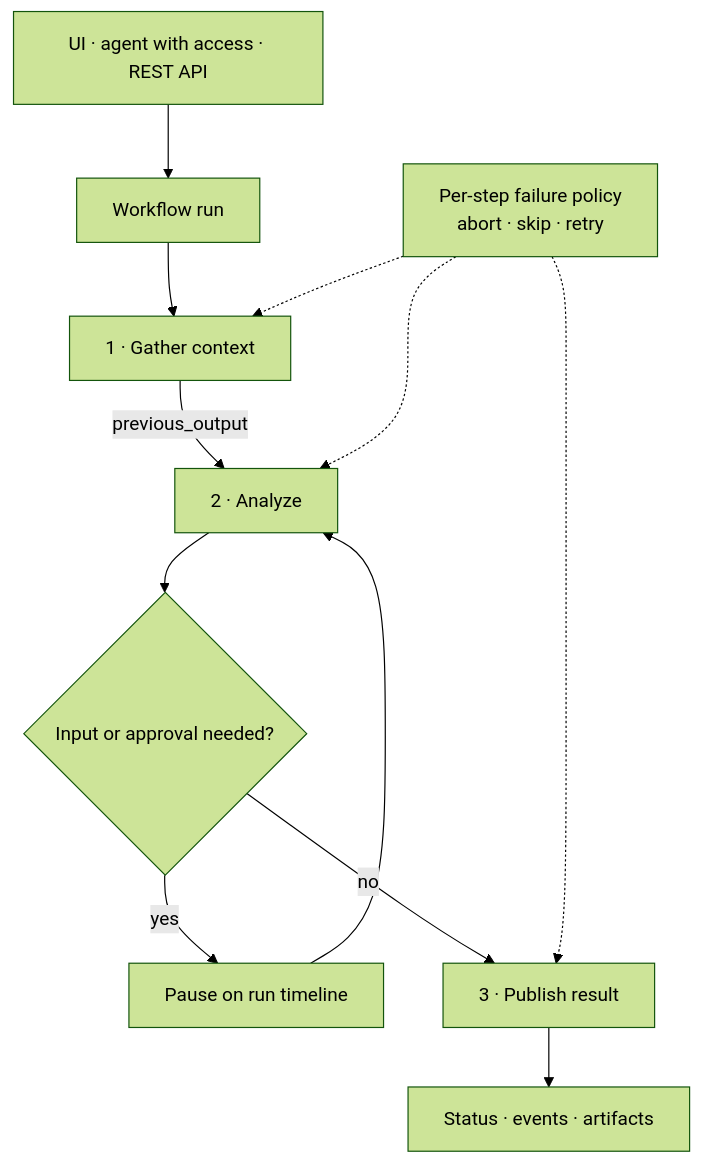
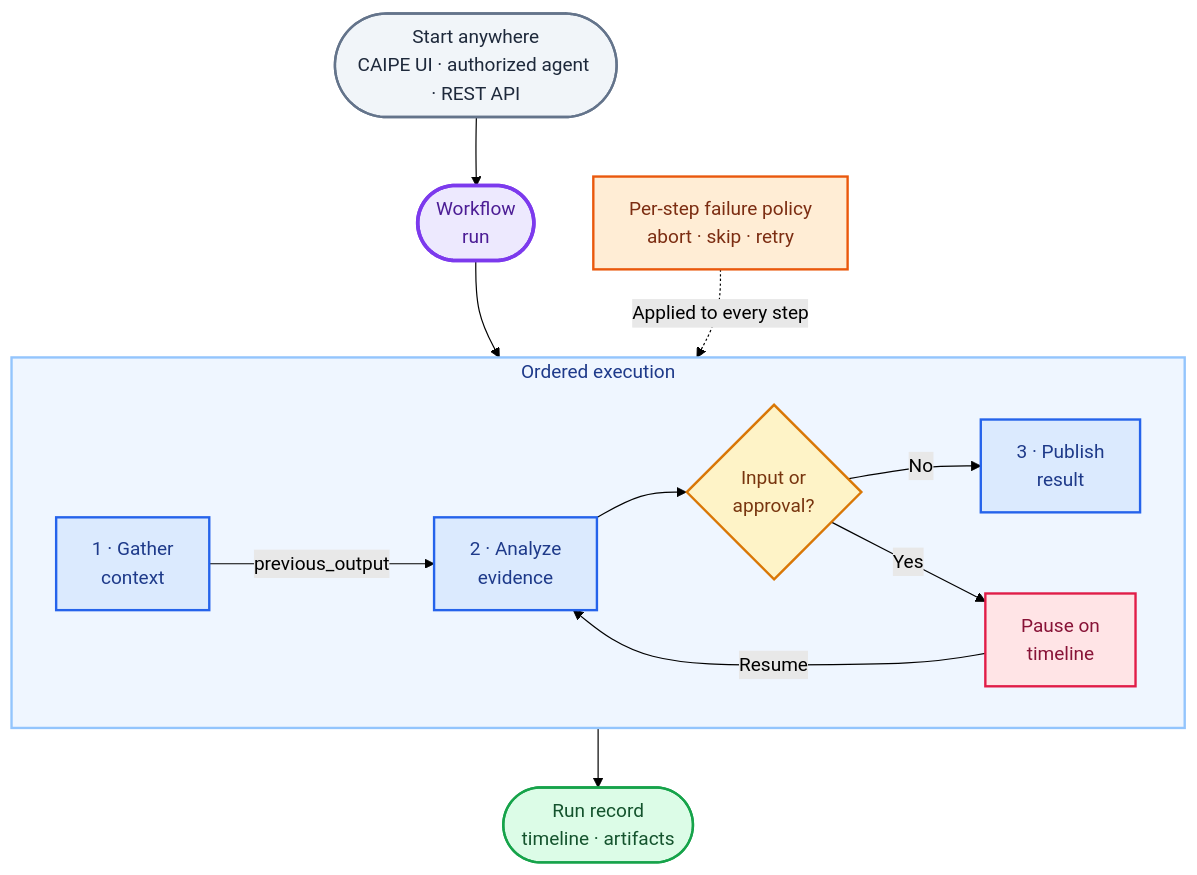
One commit to cnoe-io/ai-platform-engineering changed the diagram in docs/docs/features/workflows.md. Above: the diagram before and after it, drawn with Mermaid (forest theme). The commit also changed 3 other files, not shown here.

Commit message:
docs(features): improve feature diagrams

````diff
--- a/docs/docs/features/workflows.md
+++ b/docs/docs/features/workflows.md
@@ -17,20 +17,43 @@
 ```mermaid
 flowchart TB
-  T["UI · agent with access · REST API"]
-  W["Workflow run"]
-  S1["1 · Gather context"]
-  S2["2 · Analyze"]
-  H{"Input or approval needed?"}
-  P["Pause on run timeline"]
-  S3["3 · Publish result"]
-  O["Status · events · artifacts"]
+  T(["Start anywhere<br/>CAIPE UI · authorized agent · REST API"])
+  W(["Workflow<br/>run"])
+
+  subgraph FLOW["Ordered execution"]
+    direction LR
+    S1["1 · Gather<br/>context"]
+    S2["2 · Analyze<br/>evidence"]
+    H{"Input or<br/>approval?"}
+    P["Pause on<br/>timeline"]
+    S3["3 · Publish<br/>result"]
+
+    S1 -->|"previous_output"| S2 --> H
+    H -->|"No"| S3
+    H -->|"Yes"| P -->|"Resume"| S2
+  end
+
+  O(["Run record<br/>timeline · artifacts"])
   E["Per-step failure policy<br/>abort · skip · retry"]
 
-  T --> W --> S1
-  S1 -->|"previous_output"| S2 --> H
-  H -->|yes| P --> S2
-  H -->|no| S3 --> O
-  E -.-> S1
-  E -.-> S2
-  E -.-> S3
+  T --> W
+  W --> S1
+  S3 --> O
+  E -. "Applied to every step" .-> S2
+
+  classDef trigger fill:#f1f5f9,stroke:#64748b,color:#1e293b,stroke-width:2px
+  classDef run fill:#ede9fe,stroke:#7c3aed,color:#4c1d95,stroke-width:3px
+  classDef step fill:#dbeafe,stroke:#2563eb,color:#1e3a8a,stroke-width:2px
+  classDef decision fill:#fef3c7,stroke:#d97706,color:#78350f,stroke-width:2px
+  classDef pause fill:#ffe4e6,stroke:#e11d48,color:#881337,stroke-width:2px
+  classDef policy fill:#ffedd5,stroke:#ea580c,color:#7c2d12,stroke-width:2px
+  classDef outcome fill:#dcfce7,stroke:#16a34a,color:#14532d,stroke-width:2px
+
+  class T trigger
+  class W run
+  class S1,S2,S3 step
+  class H decision
+  class P pause
+  class E policy
+  class O outcome
+  style FLOW fill:#eff6ff,stroke:#93c5fd,color:#1e3a8a,stroke-width:2px
 ```
````
